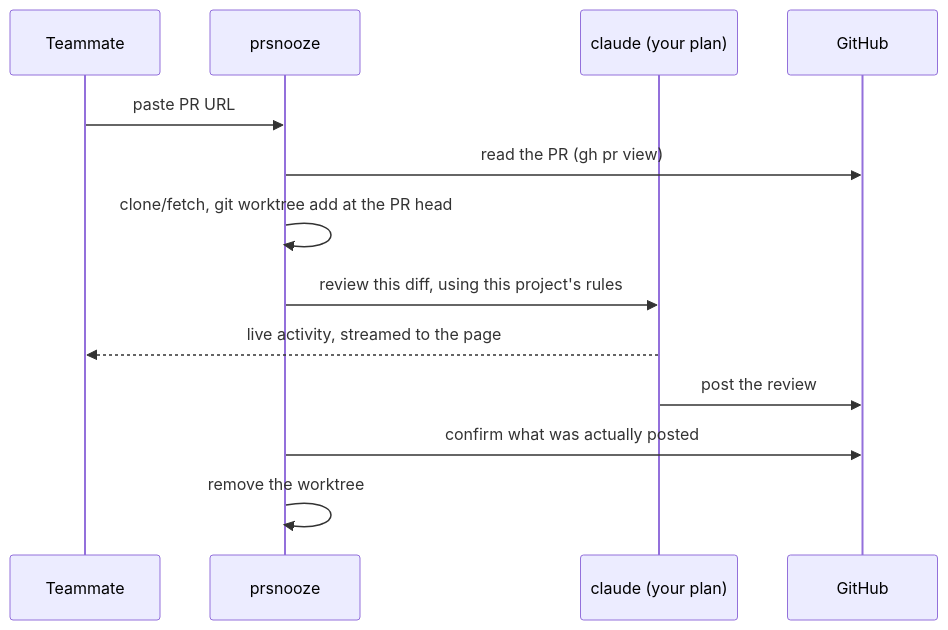
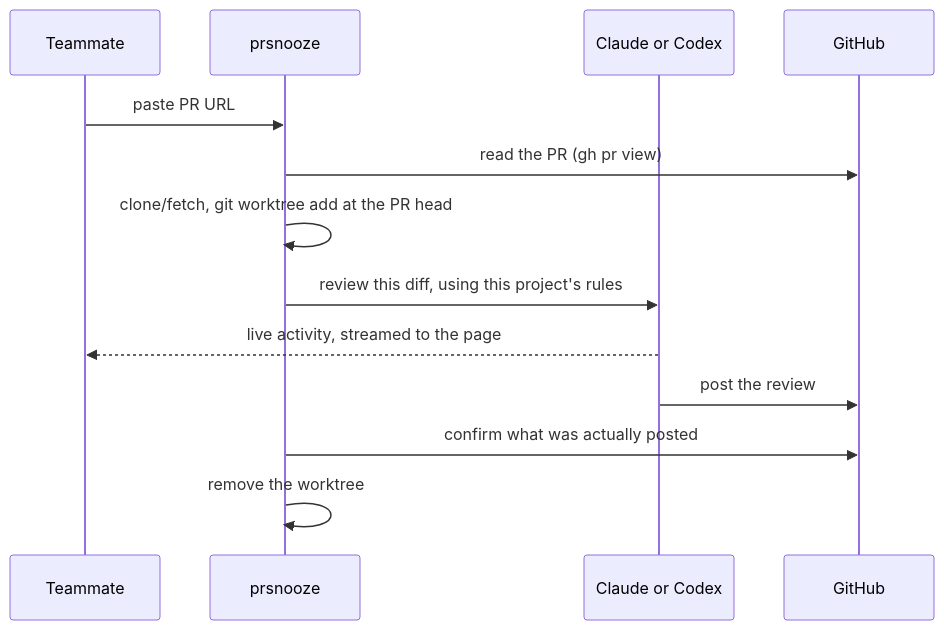
One commit to mahsanamin/prsnooze changed the diagram in README.md. Above: the diagram before and after it, drawn with Mermaid. The commit also changed other lines of this file and 20 other files, not shown here.

````diff
--- a/README.md
+++ b/README.md
@@ -122,16 +122,16 @@
 ```mermaid
 sequenceDiagram
   participant U as Teammate
   participant P as prsnooze
-  participant C as claude (your plan)
+  participant C as Claude or Codex
   participant G as GitHub
 
   U->>P: paste PR URL
   P->>G: read the PR (gh pr view)
   P->>P: clone/fetch, git worktree add at the PR head
   P->>C: review this diff, using this project's rules
   C-->>U: live activity, streamed to the page
   C->>G: post the review
   P->>G: confirm what was actually posted
   P->>P: remove the worktree
 ```
````
